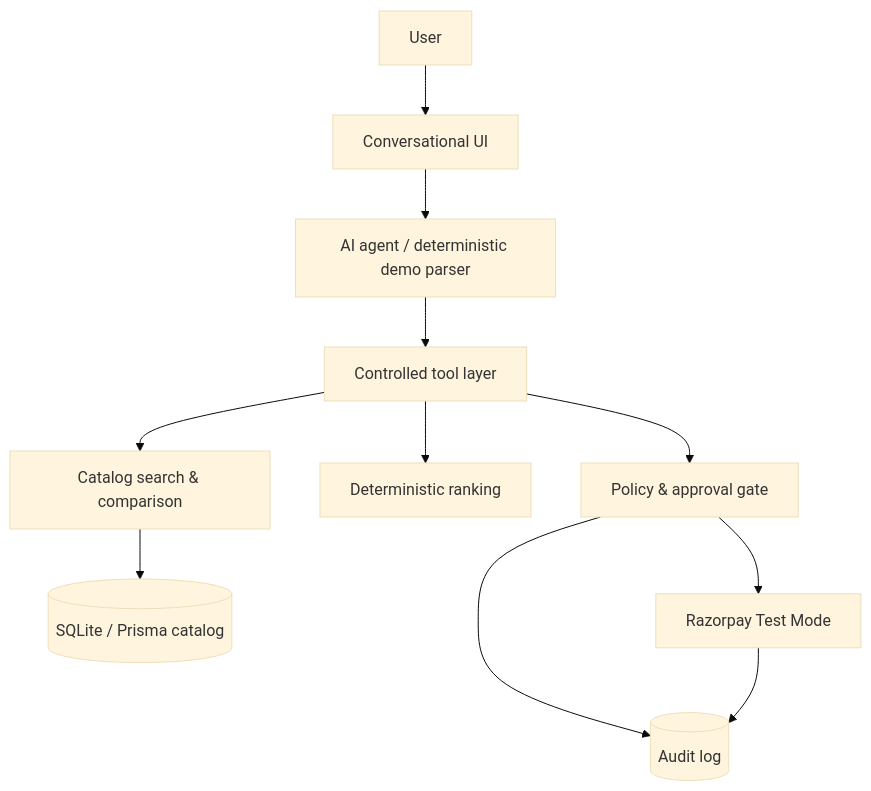
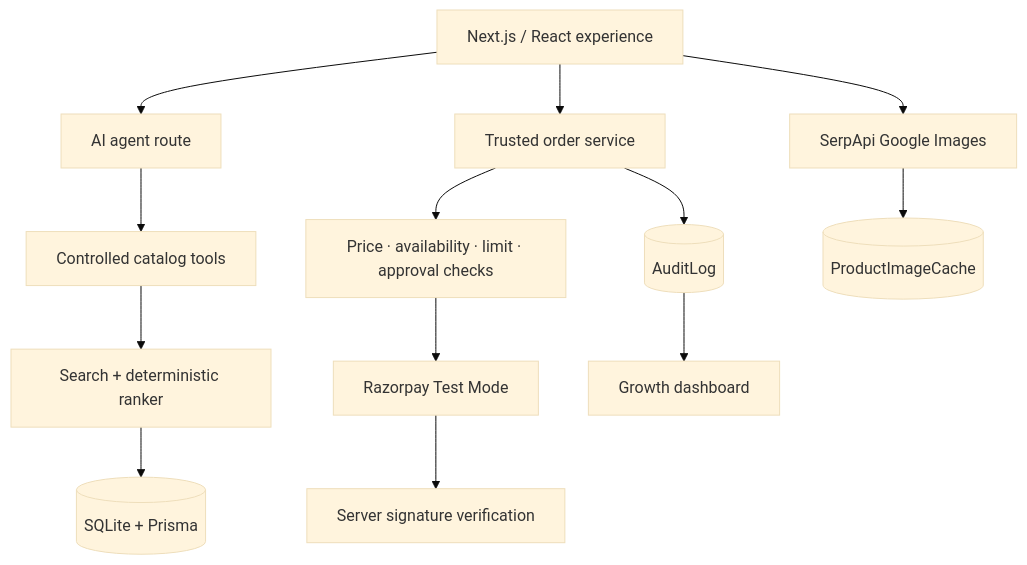
Before and after one commit to Dia-26/BuyFlow: the second of 2 diagrams in README.md, drawn with Mermaid (base theme). The commit also changed other lines of this file, not shown here.

````diff
--- a/README.md
+++ b/README.md
@@ -9,13 +81,15 @@
 ```mermaid
-flowchart TD
-  U[User] --> UI[Conversational UI]
-  UI --> A[AI agent / deterministic demo parser]
-  A --> T[Controlled tool layer]
-  T --> C[Catalog search & comparison]
-  T --> R[Deterministic ranking]
-  T --> P[Policy & approval gate]
-  C --> DB[(SQLite / Prisma catalog)]
-  P --> Pay[Razorpay Test Mode]
-  P --> L[(Audit log)]
-  Pay --> L
+flowchart TB
+  UI[Next.js / React experience] --> AGENT[AI agent route]
+  AGENT --> TOOLS[Controlled catalog tools]
+  TOOLS --> CATALOG[Search + deterministic ranker]
+  CATALOG --> DB[(SQLite + Prisma)]
+  UI --> ORDER[Trusted order service]
+  ORDER --> POLICY[Price · availability · limit · approval checks]
+  POLICY --> RZP[Razorpay Test Mode]
+  RZP --> VERIFY[Server signature verification]
+  ORDER --> AUDIT[(AuditLog)]
+  AUDIT --> DASH[Growth dashboard]
+  IMAGE[SerpApi Google Images] --> CACHE[(ProductImageCache)]
+  UI --> IMAGE
 ```
````
